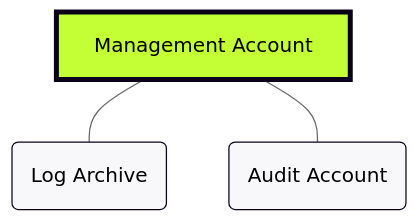
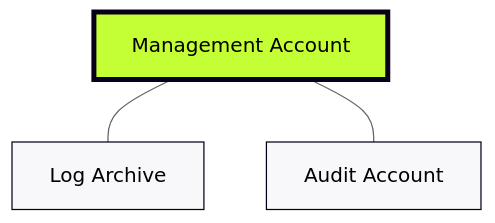
Before and after one commit to ken-createfuture-demo/aft-demo-presentation: the diagram in slides/01-aft-overview.md, drawn with Mermaid (neutral theme). The commit also changed 1 other file, not shown here.

Commit message:
Add AFT presentation with slides and documentation

````diff
--- a/slides/01-aft-overview.md
+++ b/slides/01-aft-overview.md
@@ -30,11 +30,11 @@
 ```mermaid
 graph TD
     MA[Management Account] 
-    MA --- LA(Log Archive)
-    MA --- AA(Audit Account)
+    MA --- LA[Log Archive]
+    MA --- AA[Audit Account]
     
     style MA fill:#C3FF34,stroke:#0A001A,stroke-width:4px
     style LA fill:#F8F8FA,stroke:#0A001A
     style AA fill:#F8F8FA,stroke:#0A001A
 
 ```
````
